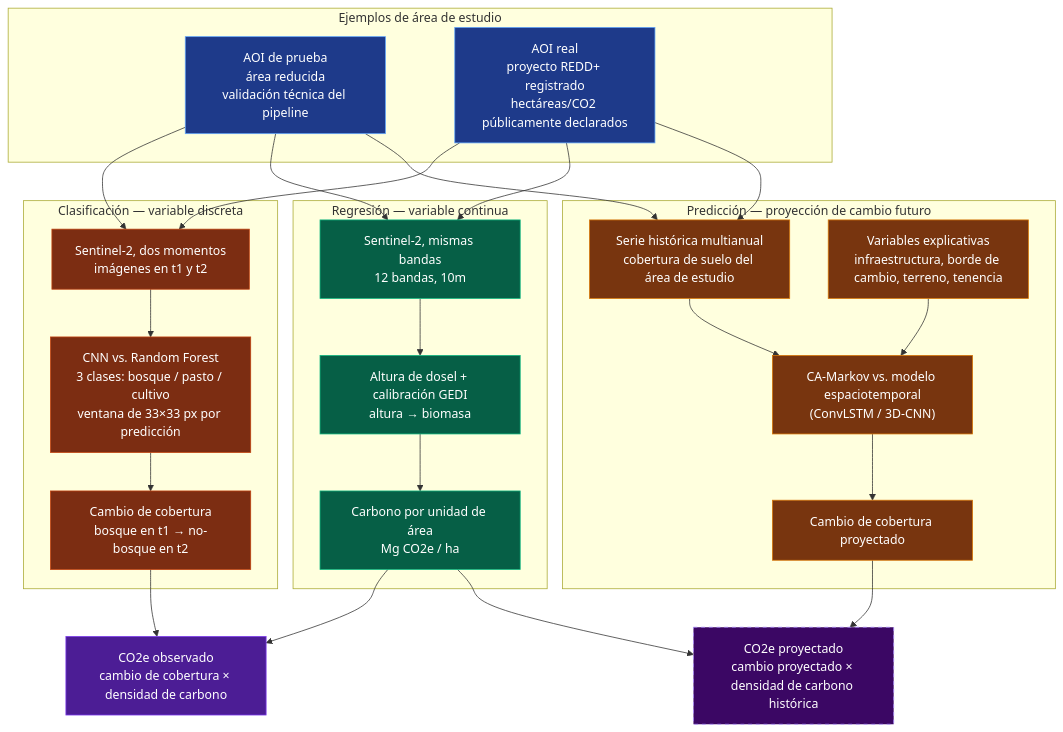
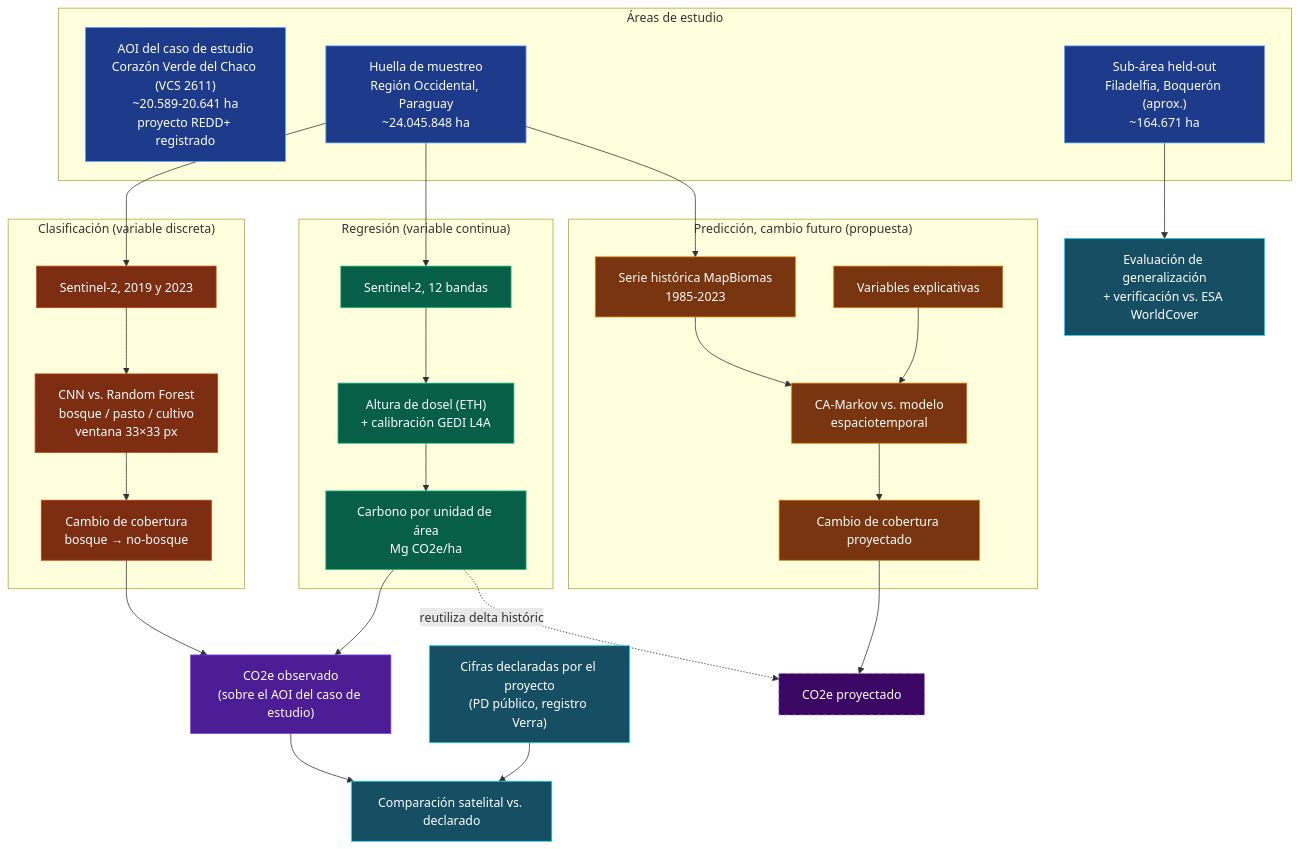
Before and after one commit to hugolo27/marta: the diagram in docs/METODOLOGIA_PIPELINE.md, drawn with Mermaid. The commit also changed other lines of this file, not shown here.

Commit message:
[docs] Restructure pipeline methodology doc: 3 study areas, data source table, unified diagram

````diff
--- a/docs/METODOLOGIA_PIPELINE.md
+++ b/docs/METODOLOGIA_PIPELINE.md
@@ -9,61 +10,69 @@
 ```mermaid
 flowchart TD
-    subgraph AOIS["Ejemplos de área de estudio"]
-        AOI_DRAFT["AOI de prueba<br/>área reducida<br/>validación técnica del pipeline"]
-        AOI_REAL["AOI real<br/>proyecto REDD+ registrado<br/>hectáreas/CO2 públicamente declarados"]
+    subgraph AOIS["Áreas de estudio"]
+        AOI_CASO["AOI del caso de estudio<br/>Corazón Verde del Chaco (VCS 2611)<br/>~20.589-20.641 ha<br/>proyecto REDD+ registrado"]
+        FOOTPRINT["Huella de muestreo<br/>Región Occidental, Paraguay<br/>~24.045.848 ha"]
+        HELDOUT["Sub-área held-out<br/>Filadelfia, Boquerón (aprox.)<br/>~164.671 ha"]
     end
 
-    subgraph CLASS["Clasificación — variable discreta"]
-        S2A["Sentinel-2, dos momentos<br/>imágenes en t1 y t2"]
-        CNNRF["CNN vs. Random Forest<br/>3 clases: bosque / pasto / cultivo<br/>ventana de 33×33 px por predicción"]
-        CHANGE["Cambio de cobertura<br/>bosque en t1 → no-bosque en t2"]
+    subgraph CLASS["Clasificación (variable discreta)"]
+        S2A["Sentinel-2, 2019 y 2023"]
+        CNNRF["CNN vs. Random Forest<br/>bosque / pasto / cultivo<br/>ventana 33×33 px"]
+        CHANGE["Cambio de cobertura<br/>bosque → no-bosque"]
         S2A --> CNNRF --> CHANGE
     end
 
-    subgraph REGR["Regresión — variable continua"]
-        S2B["Sentinel-2, mismas bandas<br/>12 bandas, 10m"]
-        ETHGEDI["Altura de dosel + calibración GEDI<br/>altura → biomasa"]
-        CARBONPIX["Carbono por unidad de área<br/>Mg CO2e / ha"]
+    subgraph REGR["Regresión (variable continua)"]
+        S2B["Sentinel-2, 12 bandas"]
+        ETHGEDI["Altura de dosel (ETH)<br/>+ calibración GEDI L4A"]
+        CARBONPIX["Carbono por unidad de área<br/>Mg CO2e/ha"]
         S2B --> ETHGEDI --> CARBONPIX
     end
 
-    AOI_DRAFT --> S2A
-    AOI_DRAFT --> S2B
-    AOI_REAL --> S2A
-    AOI_REAL --> S2B
+    FOOTPRINT --> S2A
+    FOOTPRINT --> S2B
 
-    DELTA["CO2e observado<br/>cambio de cobertura × densidad de carbono"]
+    DELTA["CO2e observado<br/>(sobre el AOI del caso de estudio)"]
     CHANGE --> DELTA
     CARBONPIX --> DELTA
 
-    subgraph PRED["Predicción — proyección de cambio futuro"]
-        HIST["Serie histórica multianual<br/>cobertura de suelo del área de estudio"]
-        DRIVERS["Variables explicativas<br/>infraestructura, borde de cambio, terreno, tenencia"]
-        MARKOVDL["CA-Markov vs. modelo espaciotemporal<br/>(ConvLSTM / 3D-CNN)"]
+    PDD["Cifras declaradas por el proyecto<br/>(PD público, registro Verra)"]
+    AUDIT["Comparación satelital vs. declarado"]
+    DELTA --> AUDIT
+    PDD --> AUDIT
+
+    subgraph PRED["Predicción, cambio futuro (propuesta)"]
+        HIST["Serie histórica MapBiomas<br/>1985-2023"]
+        DRIVERS["Variables explicativas"]
+        MARKOVDL["CA-Markov vs. modelo<br/>espaciotemporal"]
         FUTURECHANGE["Cambio de cobertura proyectado"]
         HIST --> MARKOVDL
         DRIVERS --> MARKOVDL
         MARKOVDL --> FUTURECHANGE
     end
 
-    AOI_DRAFT --> HIST
-    AOI_REAL --> HIST
+    FOOTPRINT --> HIST
 
-    FUTUREDELTA["CO2e proyectado<br/>cambio proyectado × densidad de carbono histórica"]
+    FUTUREDELTA["CO2e proyectado"]
     FUTURECHANGE --> FUTUREDELTA
-    CARBONPIX --> FUTUREDELTA
+    CARBONPIX -.reutiliza delta histórico.-> FUTUREDELTA
+
+    EVALGEN["Evaluación de generalización<br/>+ verificación vs. ESA WorldCover"]
+    HELDOUT --> EVALGEN
 
     classDef aoi fill:#1e3a8a,stroke:#60a5fa,color:#fff
     classDef classif fill:#7c2d12,stroke:#c2410c,color:#fff
     classDef regress fill:#065f46,stroke:#10b981,color:#fff
     classDef merge fill:#4c1d95,stroke:#7c3aed,color:#fff
     classDef predict fill:#78350f,stroke:#d97706,color:#fff
     classDef futuremerge fill:#3b0764,stroke:#a78bfa,color:#fff,stroke-dasharray: 5 5
+    classDef audit fill:#164e63,stroke:#22d3ee,color:#fff
 
-    class AOI_DRAFT,AOI_REAL aoi
+    class AOI_CASO,FOOTPRINT,HELDOUT aoi
     class S2A,CNNRF,CHANGE classif
     class S2B,ETHGEDI,CARBONPIX regress
     class DELTA merge
     class HIST,DRIVERS,MARKOVDL,FUTURECHANGE predict
     class FUTUREDELTA futuremerge
+    class AUDIT,EVALGEN,PDD audit
 ```
````
